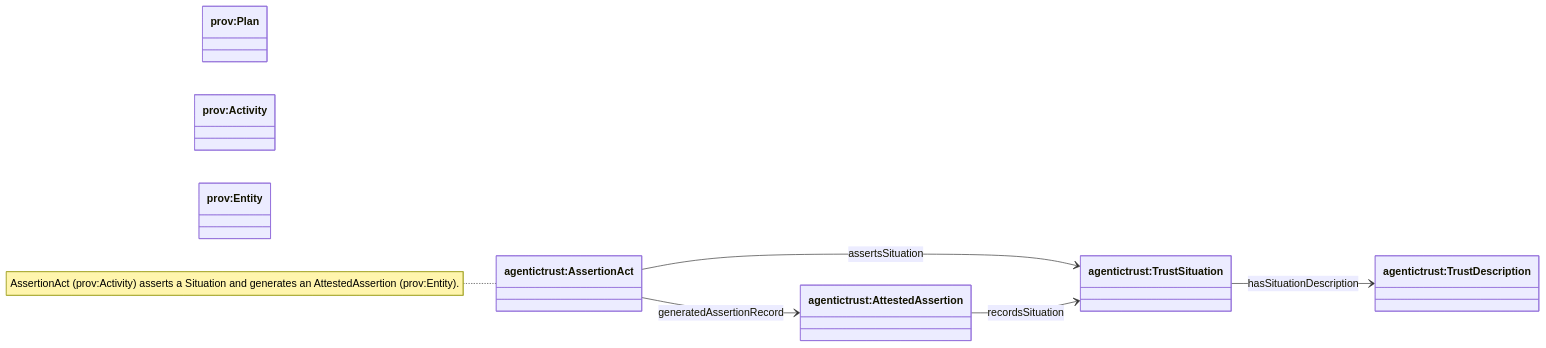
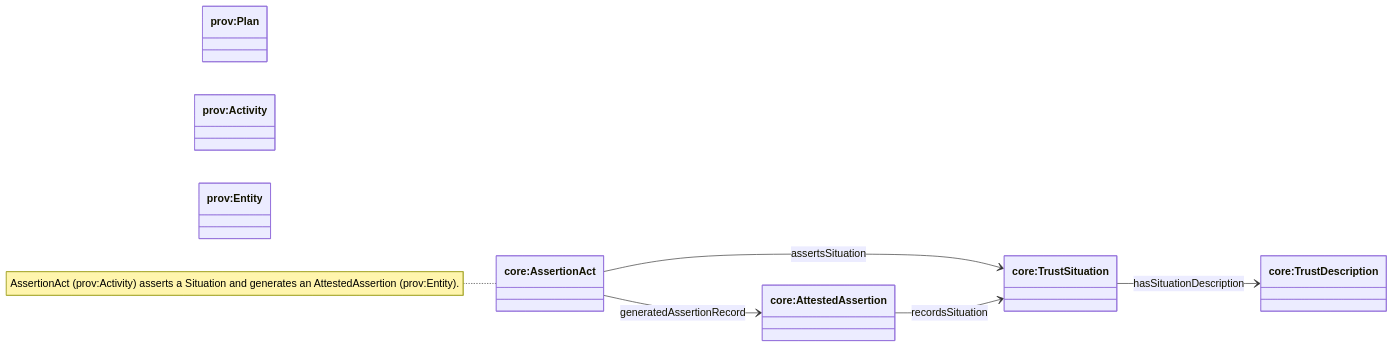
One commit to Agentic-Trust-Layer/agent-explorer changed the second of 2 diagrams in docs/ontology/provenance.md. Above: the diagram before and after it, drawn with Mermaid. The commit also changed other lines of this file and 49 other files, not shown here.

````diff
--- a/docs/ontology/provenance.md
+++ b/docs/ontology/provenance.md
@@ -28,20 +28,20 @@
 ```mermaid
 classDiagram
 direction LR
 
 class provPlan["prov:Plan"]
 class provActivity["prov:Activity"]
 class provEntity["prov:Entity"]
 
-class TrustDescription["agentictrust:TrustDescription"]
-class TrustSituation["agentictrust:TrustSituation"]
-class AssertionAct["agentictrust:AssertionAct"]
-class AttestedAssertion["agentictrust:AttestedAssertion"]
+class TrustDescription["core:TrustDescription"]
+class TrustSituation["core:TrustSituation"]
+class AssertionAct["core:AssertionAct"]
+class AttestedAssertion["core:AttestedAssertion"]
 
 TrustSituation --> TrustDescription : hasSituationDescription
 AssertionAct --> TrustSituation : assertsSituation
 AssertionAct --> AttestedAssertion : generatedAssertionRecord
 AttestedAssertion --> TrustSituation : recordsSituation
 
 note for AssertionAct "AssertionAct (prov:Activity) asserts a Situation and generates an AttestedAssertion (prov:Entity)."
 ```
````
